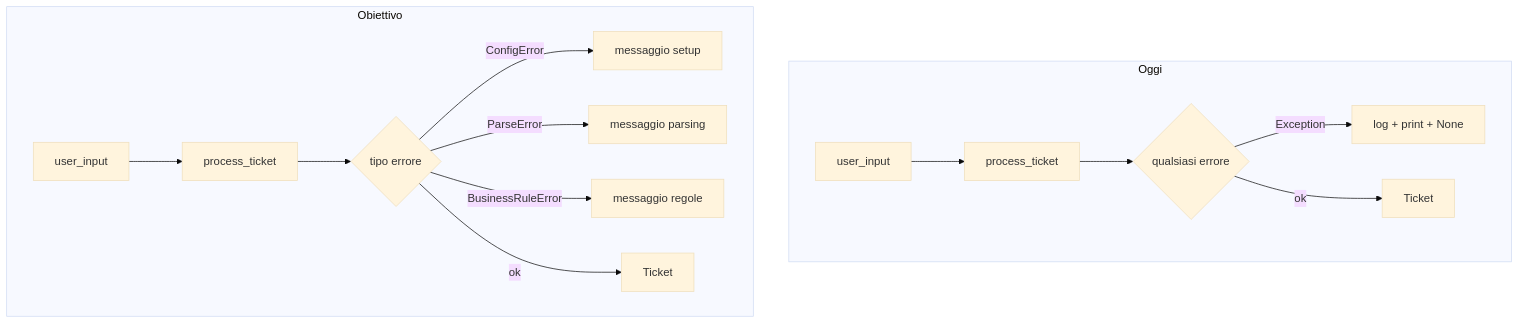
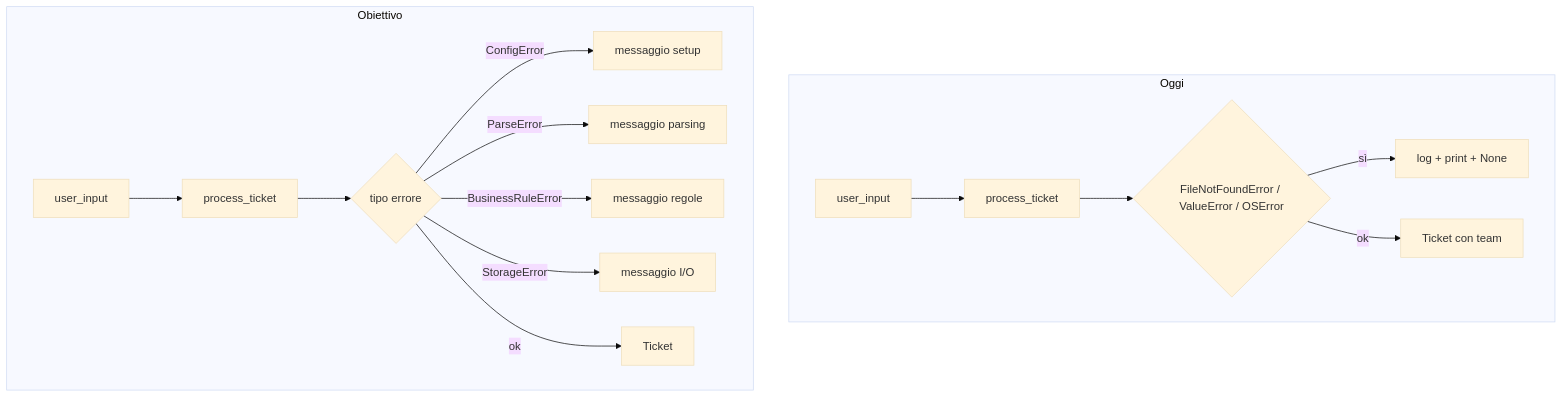
Before and after one commit to Impesud/agentic-triage-system: the second of 2 diagrams in GESTIONE_ERRORI.md, drawn with Mermaid (base theme). The commit also changed other lines of this file and 17 other files, not shown here.

````diff
--- a/GESTIONE_ERRORI.md
+++ b/GESTIONE_ERRORI.md
@@ -73,17 +119,18 @@
 ```mermaid
 flowchart TD
     subgraph today [Oggi]
         A[user_input] --> B[process_ticket]
-        B --> C{qualsiasi errore}
-        C -->|Exception| D[log + print + None]
-        C -->|ok| E[Ticket]
+        B --> C{FileNotFoundError / ValueError / OSError}
+        C -->|sì| D[log + print + None]
+        C -->|ok| E[Ticket con team]
     end
     subgraph target [Obiettivo]
         F[user_input] --> G[process_ticket]
         G --> H{tipo errore}
         H -->|ConfigError| I[messaggio setup]
         H -->|ParseError| J[messaggio parsing]
         H -->|BusinessRuleError| K[messaggio regole]
-        H -->|ok| L[Ticket]
+        H -->|StorageError| L[messaggio I/O]
+        H -->|ok| M[Ticket]
     end
 ```
````
